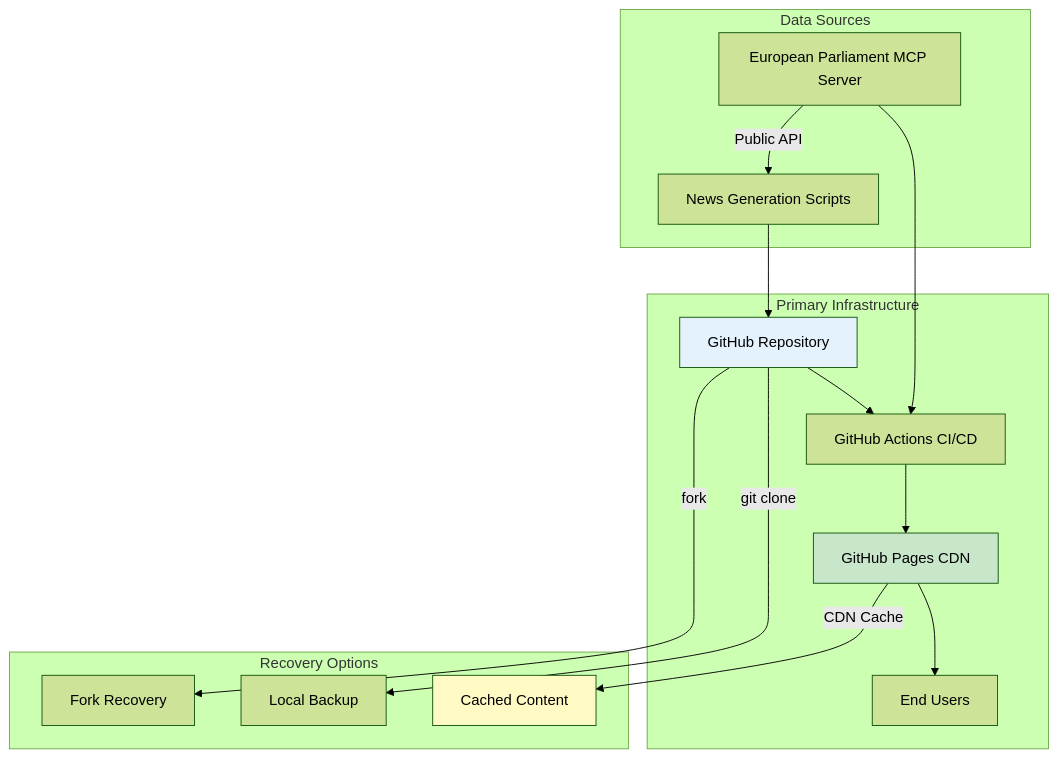
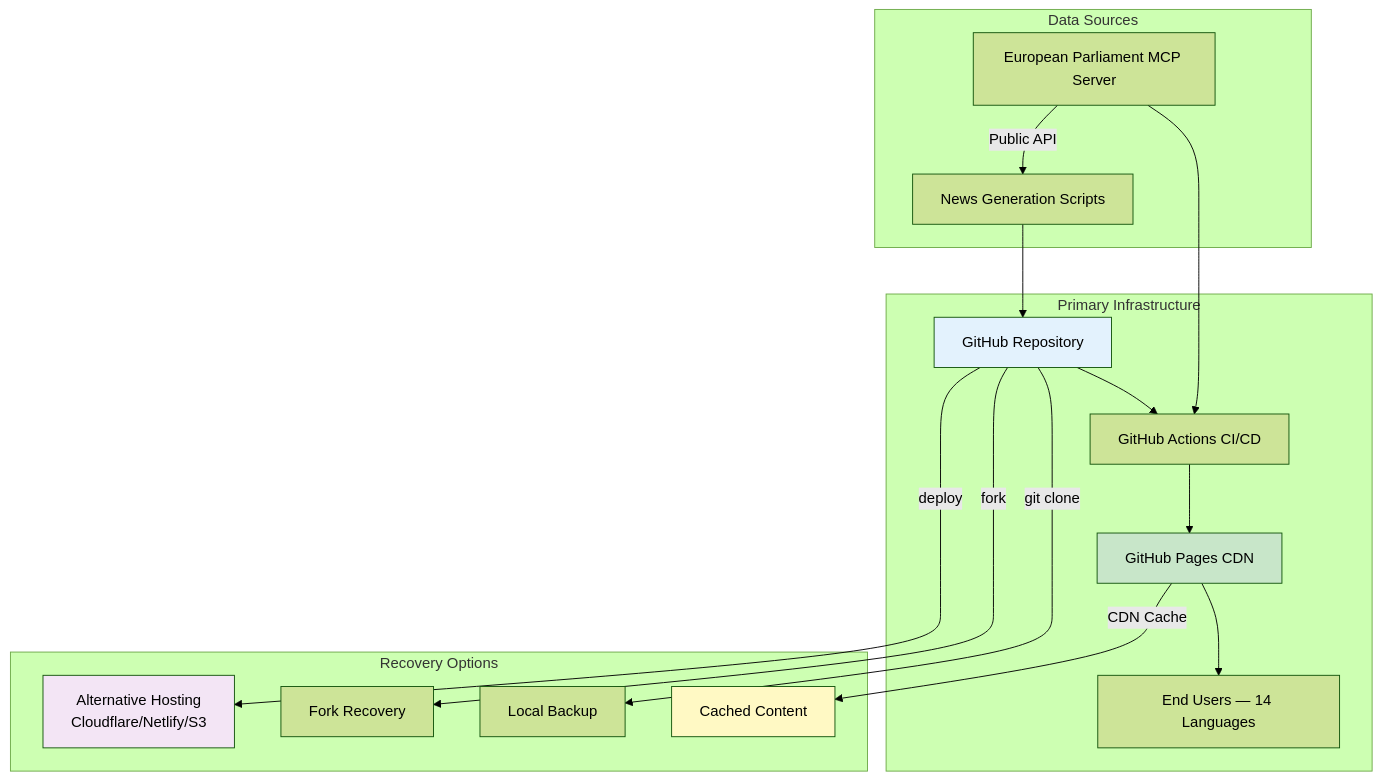
The second of 5 diagrams in BCPPlan.md (Hack23/euparliamentmonitor), drawn with Mermaid (forest theme) before and after one commit. The commit also changed other lines of this file and 2 other files, not shown here.

````diff
--- a/BCPPlan.md
+++ b/BCPPlan.md
@@ -101,24 +155,26 @@
 ```mermaid
 graph TB
     subgraph "Primary Infrastructure"
         GH[GitHub Repository] --> GA[GitHub Actions CI/CD]
         GA --> GP[GitHub Pages CDN]
-        GP --> U[End Users]
+        GP --> U[End Users — 14 Languages]
     end
     
     subgraph "Data Sources"
         EP[European Parliament MCP Server] --> GA
         EP --> |Public API| NS[News Generation Scripts]
         NS --> GH
     end
     
     subgraph "Recovery Options"
         GH --> |git clone| LB[Local Backup]
         GH --> |fork| FR[Fork Recovery]
         GP --> |CDN Cache| CC[Cached Content]
+        GH --> |deploy| ALT[Alternative Hosting<br/>Cloudflare/Netlify/S3]
     end
     
     style GH fill:#e3f2fd
     style GP fill:#c8e6c9
     style CC fill:#fff9c4
+    style ALT fill:#f3e5f5
 ```
````
